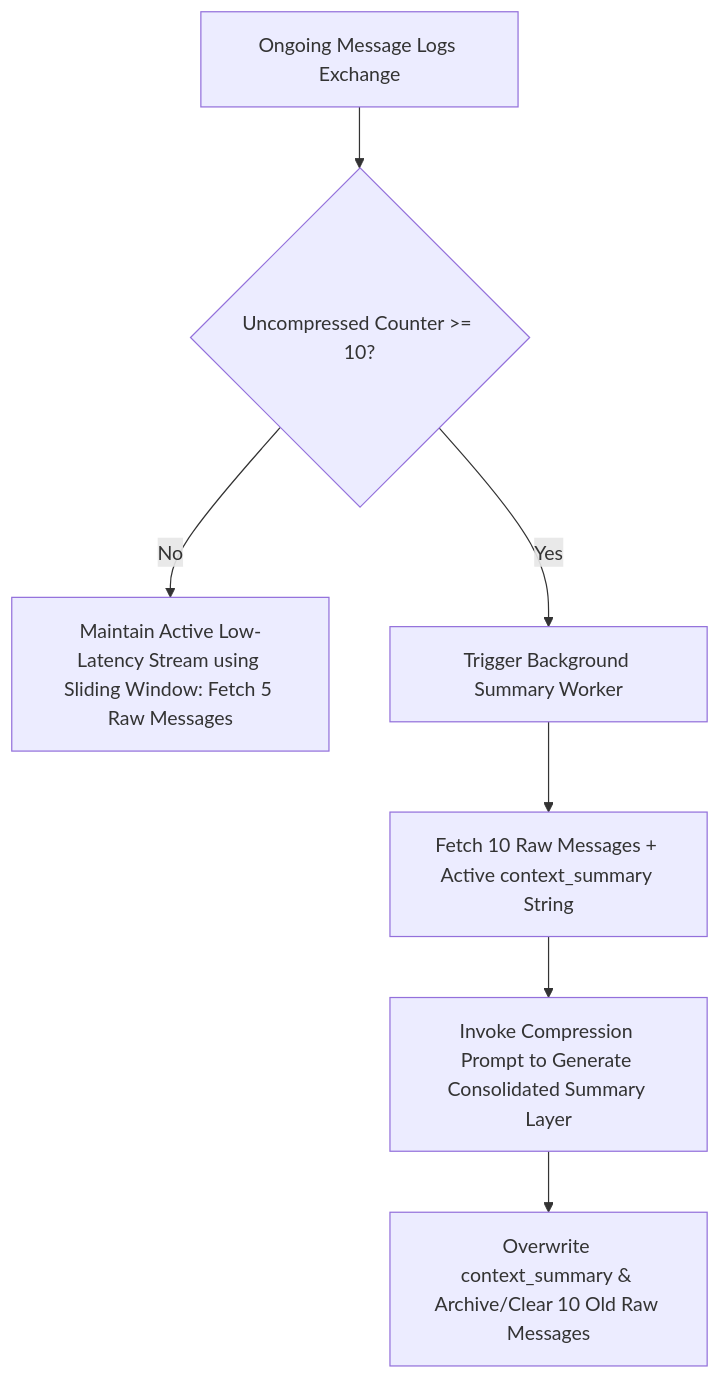
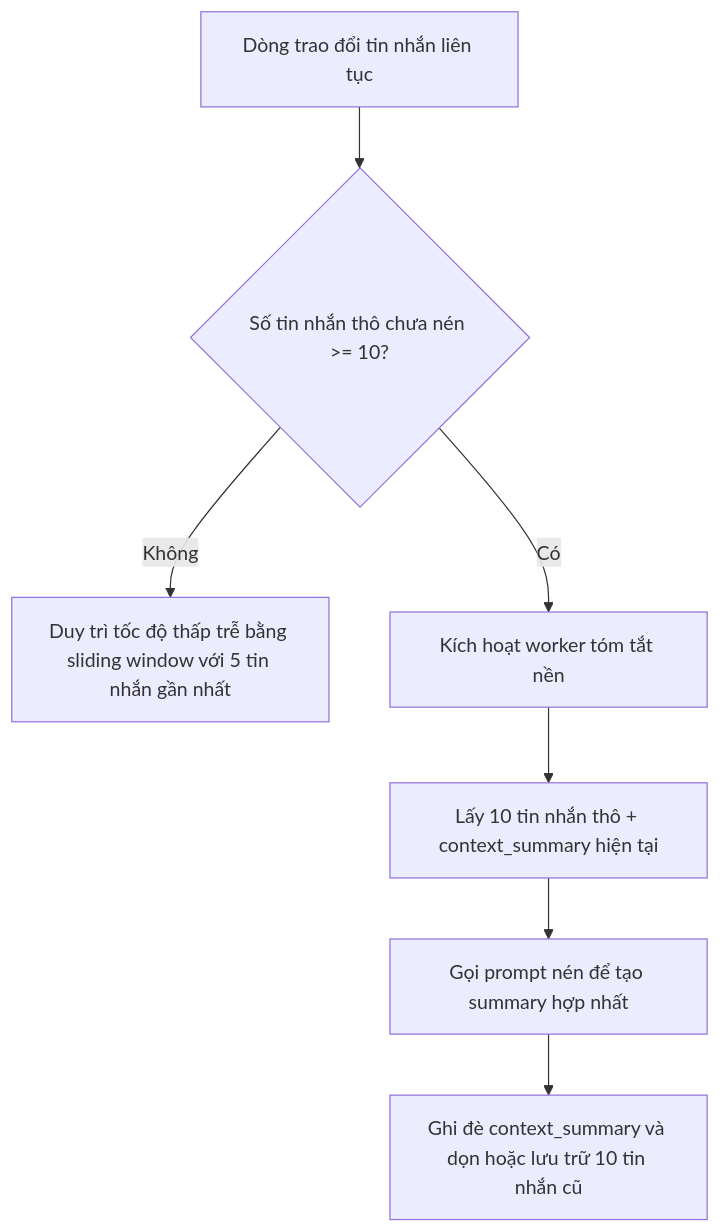
Before and after one commit to hycat-team/smart-wardrobe-be: the diagram in docs/business/ASYNC_THRESHOLD_DECAY.md, drawn with Mermaid. The commit also changed other lines of this file and 5 other files, not shown here.

````diff
--- a/docs/business/ASYNC_THRESHOLD_DECAY.md
+++ b/docs/business/ASYNC_THRESHOLD_DECAY.md
@@ -7,10 +7,10 @@
 ```mermaid
 graph TD
-    A[Ongoing Message Logs Exchange] --> B{Uncompressed Counter >= 10?}
-    B -- No --> C[Maintain Active Low-Latency Stream using Sliding Window: Fetch 5 Raw Messages]
-    B -- Yes --> D[Trigger Background Summary Worker]
-    D --> E[Fetch 10 Raw Messages + Active context_summary String]
-    E --> F[Invoke Compression Prompt to Generate Consolidated Summary Layer]
-    F --> G[Overwrite context_summary & Archive/Clear 10 Old Raw Messages]
+    A[Dòng trao đổi tin nhắn liên tục] --> B{Số tin nhắn thô chưa nén >= 10?}
+    B -- Không --> C[Duy trì tốc độ thấp trễ bằng sliding window với 5 tin nhắn gần nhất]
+    B -- Có --> D[Kích hoạt worker tóm tắt nền]
+    D --> E[Lấy 10 tin nhắn thô + context_summary hiện tại]
+    E --> F[Gọi prompt nén để tạo summary hợp nhất]
+    F --> G[Ghi đè context_summary và dọn hoặc lưu trữ 10 tin nhắn cũ]
 
 ```
````
